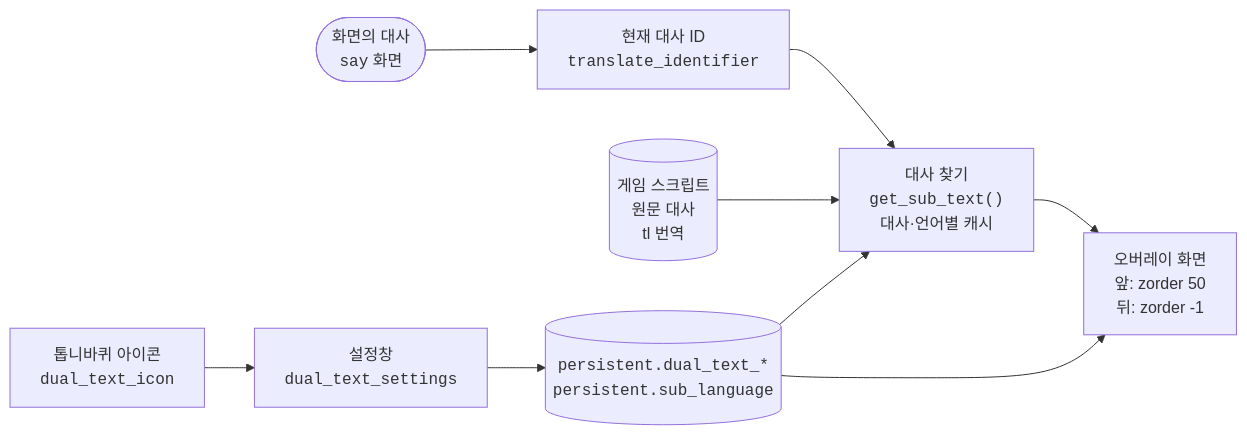
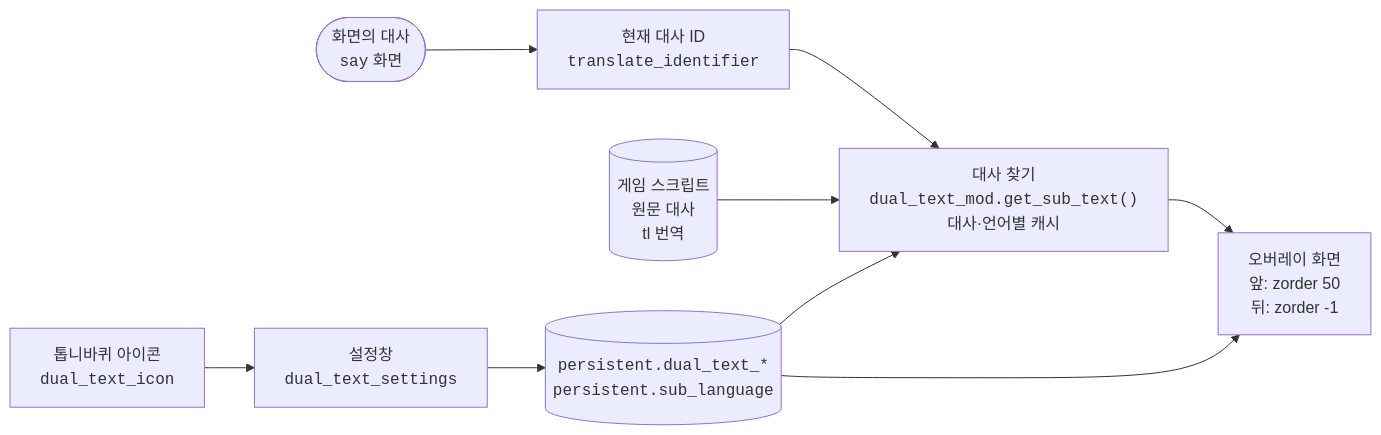
Before and after one commit to 0eti/Xeti-s-Dual-Text-Mode: the diagram in README.ko.md, drawn with Mermaid. The commit also changed other lines of this file and 2 other files, not shown here.

````diff
--- a/README.ko.md
+++ b/README.ko.md
@@ -42,18 +44,18 @@
 ```mermaid
 flowchart LR
     say(["화면의 대사<br/><code>say</code> 화면"])
     id["현재 대사 ID<br/><code>translate_identifier</code>"]
-    get["대사 찾기<br/><code>get_sub_text()</code><br/>대사·언어별 캐시"]
+    get["대사 찾기<br/><code>dual_text_mod.get_sub_text()</code><br/>대사·언어별 캐시"]
     script[("게임 스크립트<br/>원문 대사<br/>tl 번역")]
     overlay["오버레이 화면<br/>앞: zorder 50<br/>뒤: zorder -1"]
     icon["톱니바퀴 아이콘<br/><code>dual_text_icon</code>"]
     settings["설정창<br/><code>dual_text_settings</code>"]
     pers[("<code>persistent.dual_text_*</code><br/><code>persistent.sub_language</code>")]
 
     say --> id --> get
     script --> get
     get --> overlay
     icon --> settings --> pers
     pers --> get
     pers --> overlay
 ```
````
